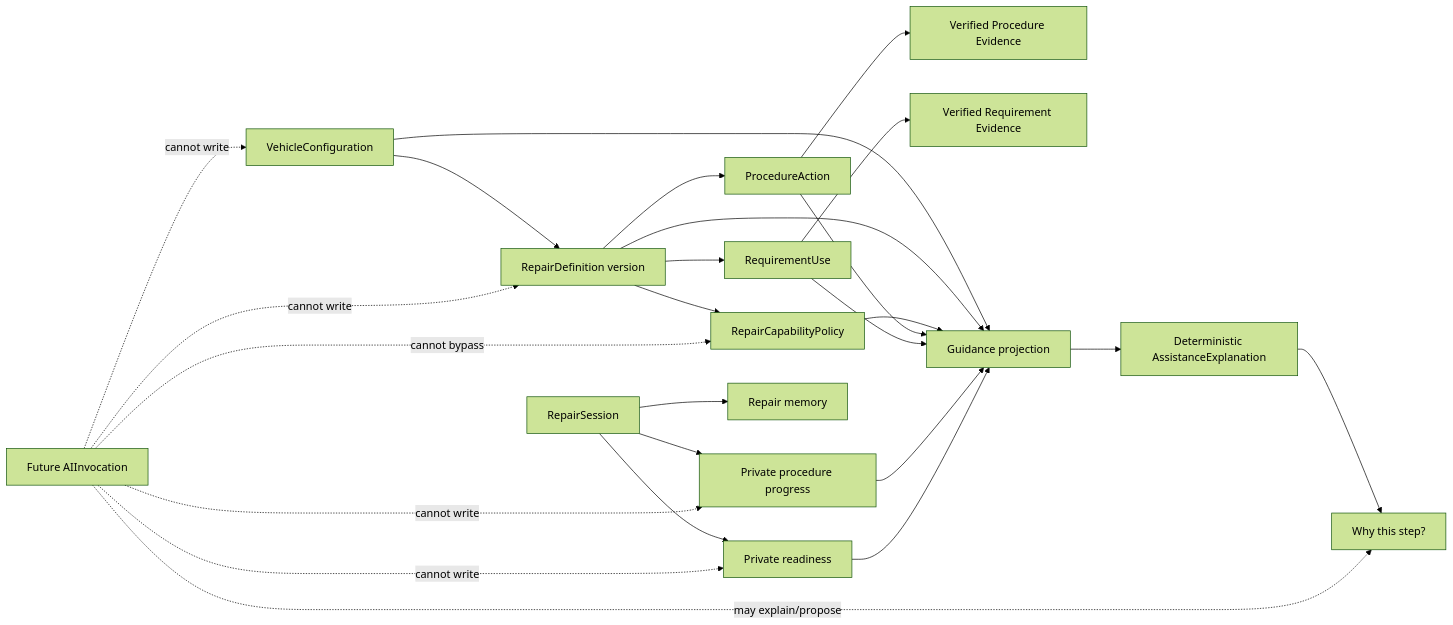
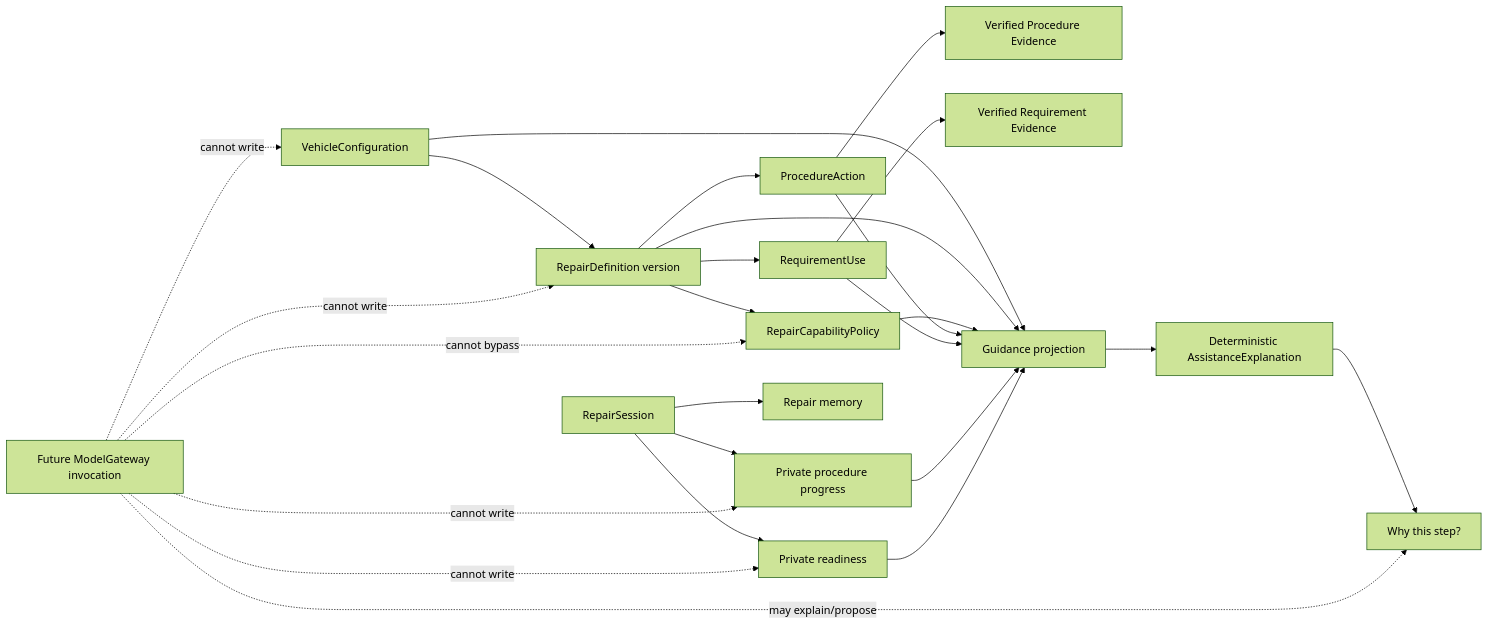
One commit to Vivek-k24/forgebridge-demo changed the second of 4 diagrams in docs/BLOCK12_ASSISTANCE_MODEL.md. Above: the diagram before and after it, drawn with Mermaid (forest theme). The commit also changed other lines of this file, not shown here.

````diff
--- a/docs/BLOCK12_ASSISTANCE_MODEL.md
+++ b/docs/BLOCK12_ASSISTANCE_MODEL.md
@@ -35,31 +36,31 @@
 ```mermaid
 flowchart LR
     VC[VehicleConfiguration] --> RD[RepairDefinition version]
     RD --> RP[RepairCapabilityPolicy]
     RD --> PA[ProcedureAction]
     PA --> PE[Verified Procedure Evidence]
     RD --> RU[RequirementUse]
     RU --> RE[Verified Requirement Evidence]
 
     RS[RepairSession] --> PS[Private procedure progress]
     RS --> RR[Private readiness]
     RS --> RM[Repair memory]
 
     VC --> G[Guidance projection]
     RD --> G
     RP --> G
     PA --> G
     RU --> G
     PS --> G
     RR --> G
 
     G --> DX[Deterministic AssistanceExplanation]
     DX --> UI[Why this step?]
 
-    AI[Future AIInvocation] -. may explain/propose .-> UI
-    AI -. cannot write .-> VC
-    AI -. cannot write .-> RD
-    AI -. cannot write .-> PS
-    AI -. cannot write .-> RR
-    AI -. cannot bypass .-> RP
+    MG[Future ModelGateway invocation] -. may explain/propose .-> UI
+    MG -. cannot write .-> VC
+    MG -. cannot write .-> RD
+    MG -. cannot write .-> PS
+    MG -. cannot write .-> RR
+    MG -. cannot bypass .-> RP
 ```
````
